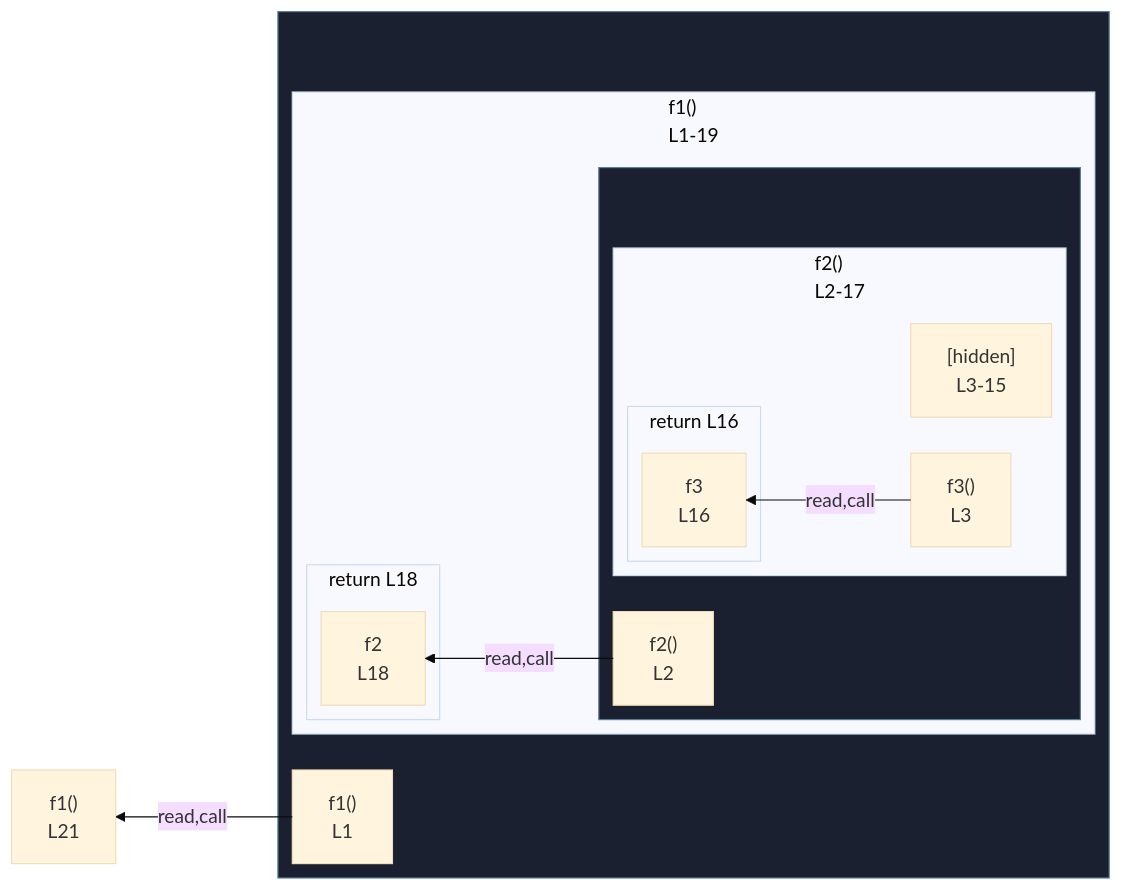
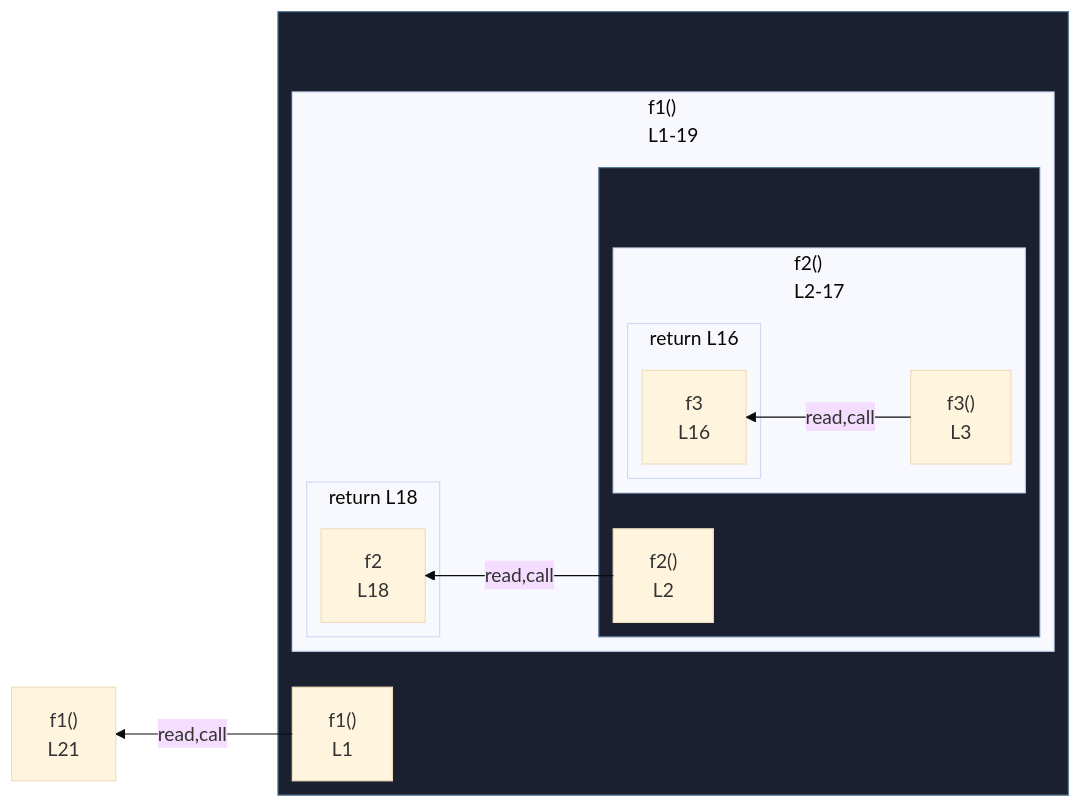
The diagram in integration/fixtures/app-behavior/depth/function/depth-2/preview.md (crescware/unsnarl), drawn with Mermaid (base theme) before and after one commit. The commit also changed 96 other files, not shown here.

````diff
--- a/integration/fixtures/app-behavior/depth/function/depth-2/preview.md
+++ b/integration/fixtures/app-behavior/depth/function/depth-2/preview.md
@@ -31,35 +31,34 @@
 ```mermaid
 %%{init: {"flowchart": {"defaultRenderer": "elk"}}}%%
 flowchart RL
   subgraph wrap_s_scope_1[" "]
     direction TB
     n_scope_0_f1_9["f1()<br/>L1"]
     subgraph s_scope_1["f1()<br/>L1-19"]
       direction RL
       subgraph wrap_s_scope_2[" "]
         direction TB
         n_scope_1_f2_27["f2()<br/>L2"]
         subgraph s_scope_2["f2()<br/>L2-17"]
           direction RL
           n_scope_2_f3_47["f3()<br/>L3"]
-          collapsed_scope_3["[hidden]<br/>L3-15"]
           subgraph s_return_scope_1_f2_27_276_288["return L16"]
             direction RL
             ret_use_ref_5["f3<br/>L16"]
           end
         end
       end
       subgraph s_return_scope_0_f1_9_295_307["return L18"]
         direction RL
         ret_use_ref_6["f2<br/>L18"]
       end
     end
   end
   n_scope_2_f3_47 -->|read,call| ret_use_ref_5
   n_scope_1_f2_27 -->|read,call| ret_use_ref_6
   n_scope_0_f1_9 -->|read,call| expr_stmt_311
   expr_stmt_311["f1()<br/>L21"]
   classDef fnWrap fill:#1a2030,stroke:#5a7d99;
   class wrap_s_scope_1 fnWrap;
   class wrap_s_scope_2 fnWrap;
 ```
````
